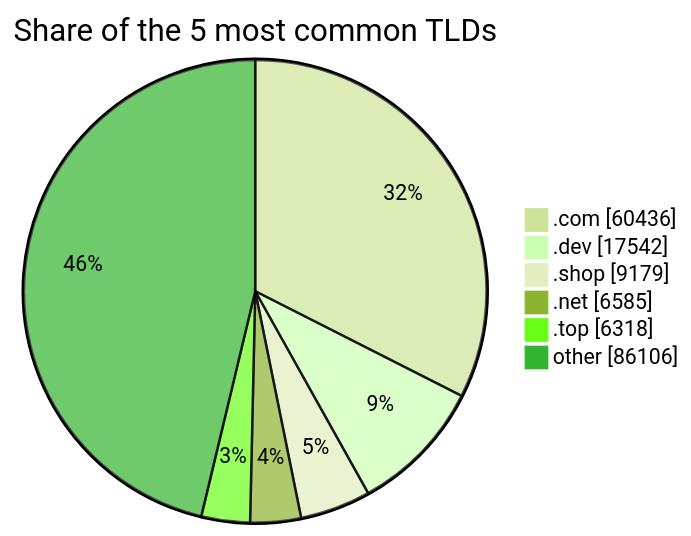
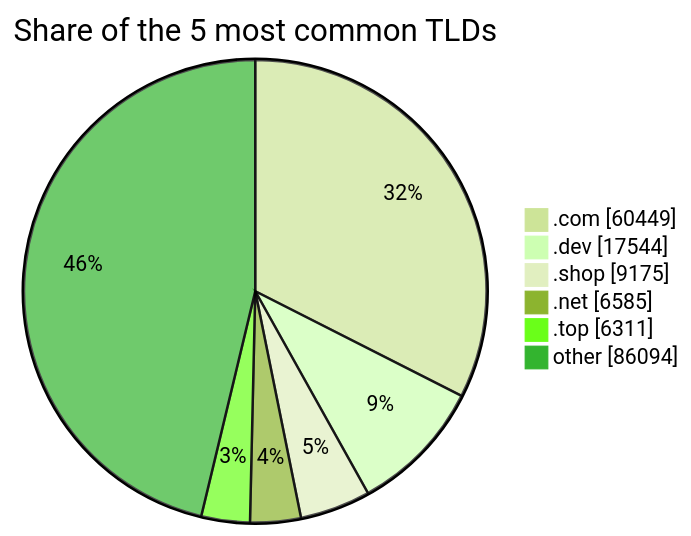
The third of 3 diagrams in README.md (DNSBunker/CTI), drawn with Mermaid (forest theme) before and after one commit. The commit also changed other lines of this file and 3 other files, not shown here.

````diff
--- a/README.md
+++ b/README.md
@@ -81,9 +81,9 @@
 ```mermaid
 pie showData title Share of the 5 most common TLDs
-    ".com" : 60436
-    ".dev" : 17542
-    ".shop" : 9179
+    ".com" : 60449
+    ".dev" : 17544
+    ".shop" : 9175
     ".net" : 6585
-    ".top" : 6318
-    "other" : 86106
+    ".top" : 6311
+    "other" : 86094
 ```
````
